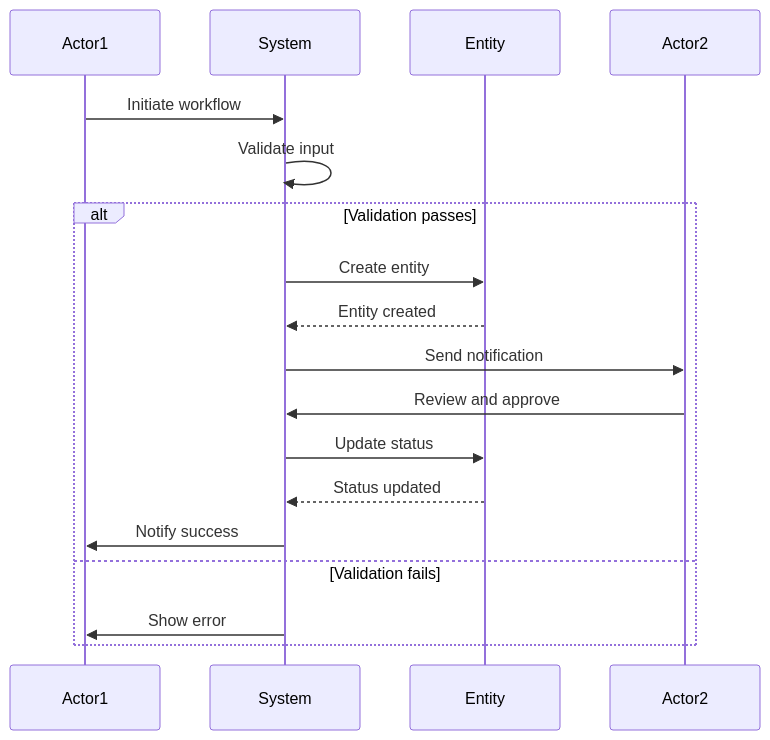
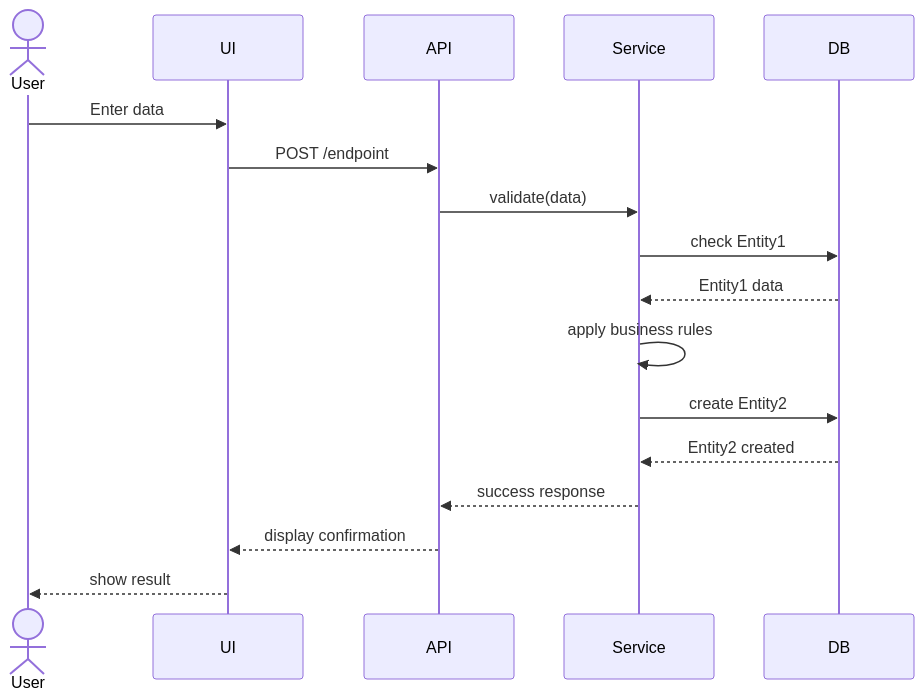
One commit to a4b-corporation/xTalent changed the sixth of 15 diagrams in docs/MODULE-DOCUMENTATION-STANDARDS.md. Above: the diagram before and after it, drawn with Mermaid. The commit also changed other lines of this file and 36 other files, not shown here.

````diff
--- a/docs/MODULE-DOCUMENTATION-STANDARDS.md
+++ b/docs/MODULE-DOCUMENTATION-STANDARDS.md
@@ -611,21 +976,20 @@
 ```mermaid
 sequenceDiagram
-    participant A as Actor1
-    participant S as System
-    participant E as Entity
-    participant A2 as Actor2
+    actor User
+    participant UI
+    participant API
+    participant Service
+    participant DB
     
-    A->>S: Initiate workflow
-    S->>S: Validate input
-    alt Validation passes
-        S->>E: Create entity
-        E-->>S: Entity created
-        S->>A2: Send notification
-        A2->>S: Review and approve
-        S->>E: Update status
-        E-->>S: Status updated
-        S->>A: Notify success
-    else Validation fails
-        S->>A: Show error
-    end
+    User->>UI: Enter data
+    UI->>API: POST /endpoint
+    API->>Service: validate(data)
+    Service->>DB: check Entity1
+    DB-->>Service: Entity1 data
+    Service->>Service: apply business rules
+    Service->>DB: create Entity2
+    DB-->>Service: Entity2 created
+    Service-->>API: success response
+    API-->>UI: display confirmation
+    UI-->>User: show result
 ```
````
